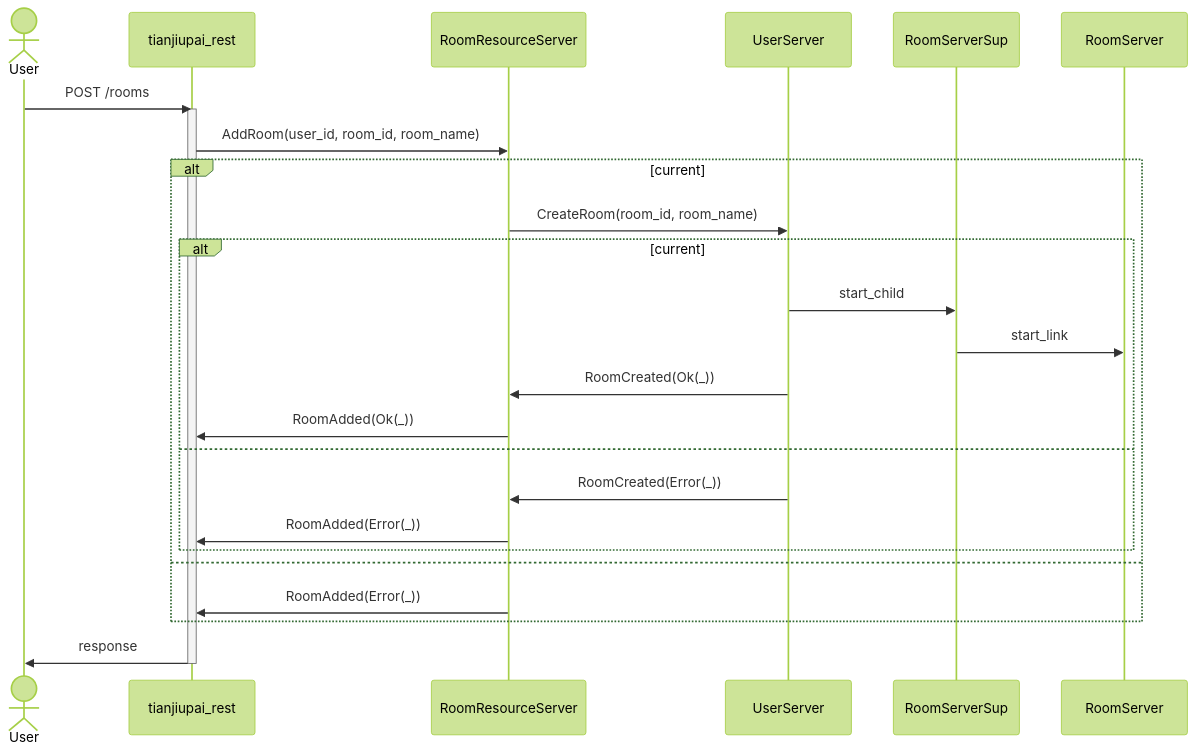
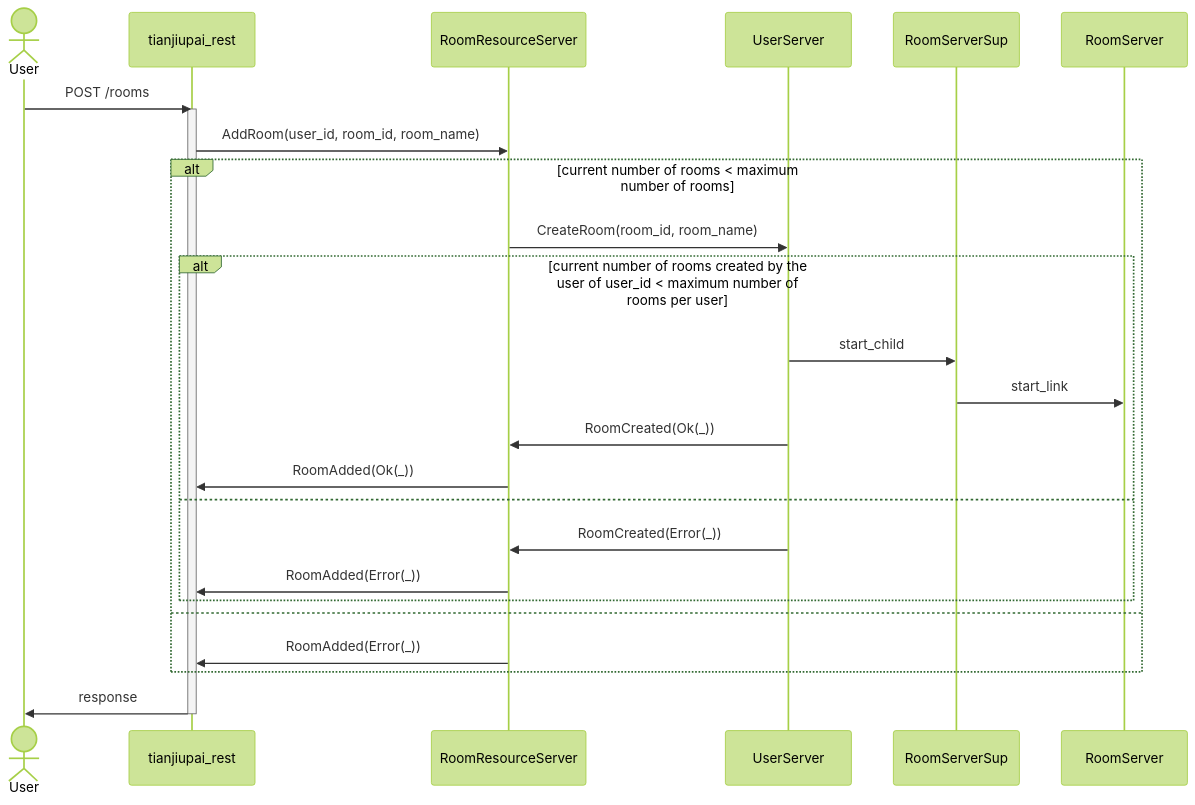
Before and after one commit to gfngfn/game_tianjiupai: the second of 2 diagrams in docs/ARCHITECTURE.md, drawn with Mermaid (forest theme). The commit also changed other lines of this file, not shown here.

Commit message:
a slight fix

````diff
--- a/docs/ARCHITECTURE.md
+++ b/docs/ARCHITECTURE.md
@@ -31,29 +31,29 @@
 ```mermaid
 sequenceDiagram
   actor User
   participant tianjiupai_rest
   participant RoomResourceServer
   participant UserServer
   participant RoomServerSup
   participant RoomServer
   User ->> tianjiupai_rest : POST /rooms
   activate tianjiupai_rest
   tianjiupai_rest ->> RoomResourceServer : AddRoom(user_id, room_id, room_name)
-  alt current # of rooms < maximum # of rooms
+  alt current number of rooms < maximum number of rooms
     RoomResourceServer ->> UserServer : CreateRoom(room_id, room_name)
-    alt current # of rooms created by the user of user_id < maximum # of rooms per user
+    alt current number of rooms created by the user of user_id < maximum number of rooms per user
       UserServer ->> RoomServerSup : start_child
       RoomServerSup ->> RoomServer : start_link
       activate RoomServer
       UserServer ->> RoomResourceServer : RoomCreated(Ok(_))
       RoomResourceServer ->> tianjiupai_rest : RoomAdded(Ok(_))
     else
       UserServer ->> RoomResourceServer : RoomCreated(Error(_))
       RoomResourceServer ->> tianjiupai_rest : RoomAdded(Error(_))
     end
   else
     RoomResourceServer ->> tianjiupai_rest : RoomAdded(Error(_))
   end
   tianjiupai_rest ->> User : response
   deactivate tianjiupai_rest
 ```
````
